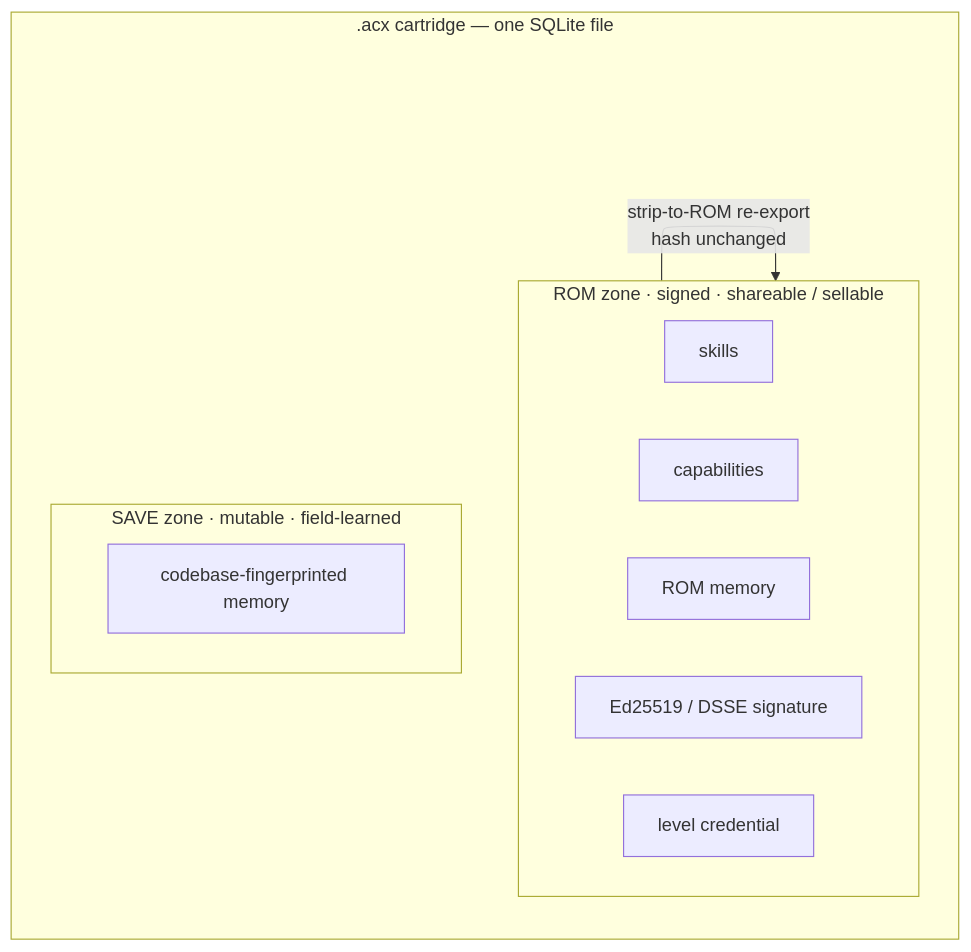
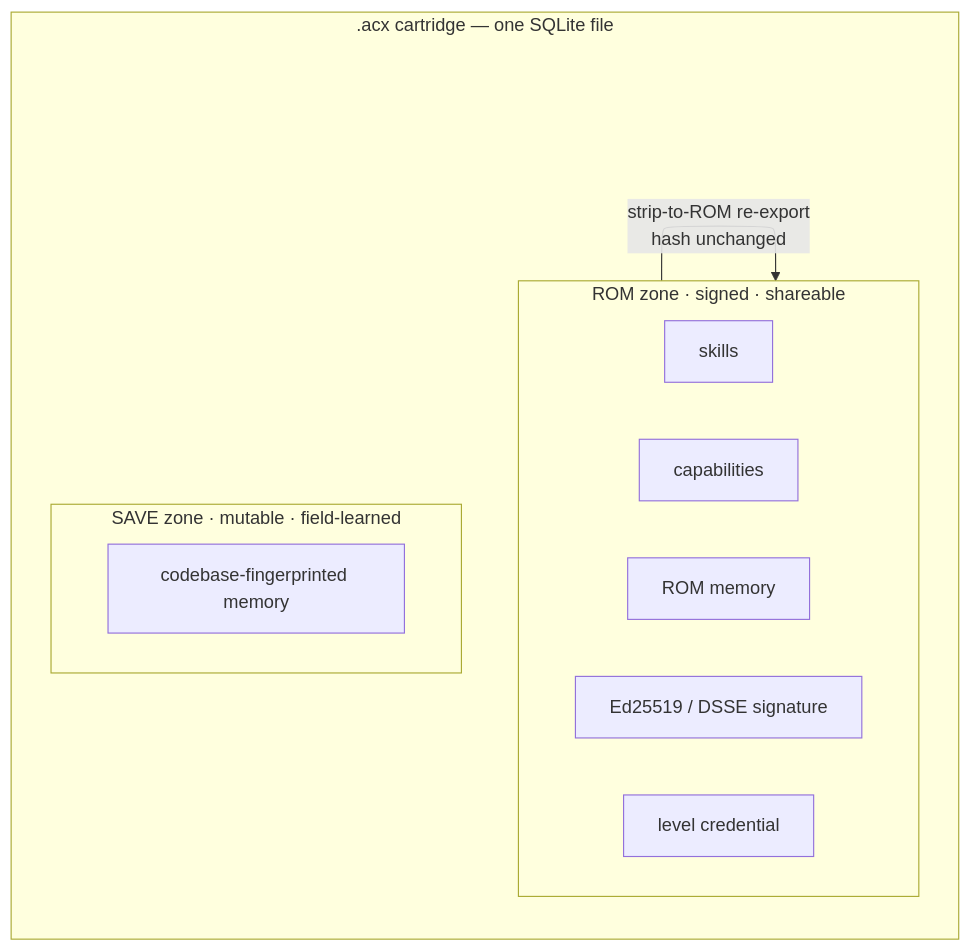
Before and after one commit to lboel/acx: the diagram in docs-site/docs/concepts/overview.md, drawn with Mermaid. The commit also changed other lines of this file and 108 other files, not shown here.

````diff
--- a/docs-site/docs/concepts/overview.md
+++ b/docs-site/docs/concepts/overview.md
@@ -80,16 +89,16 @@
 ```mermaid
 flowchart LR
     subgraph ACX[".acx cartridge — one SQLite file"]
-        subgraph ROM["ROM zone · signed · shareable / sellable"]
+        subgraph ROM["ROM zone · signed · shareable"]
             S[skills]
             C[capabilities]
             RM[ROM memory]
             SIG[Ed25519 / DSSE signature]
             ATT[level credential]
         end
         subgraph SAVE["SAVE zone · mutable · field-learned"]
             SM[codebase-fingerprinted memory]
         end
     end
     ROM -->|strip-to-ROM re-export<br/>hash unchanged| ROM
 ```
````
